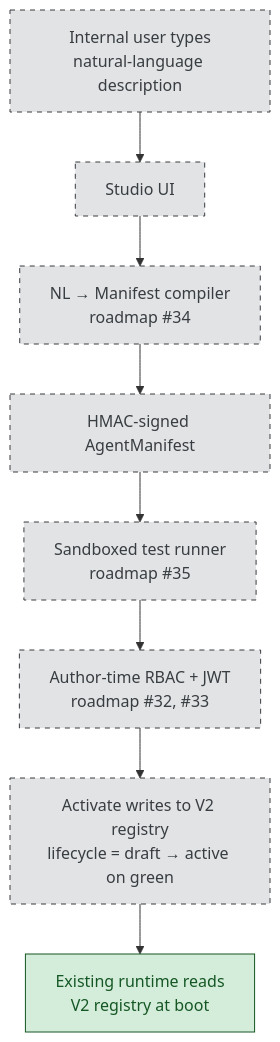
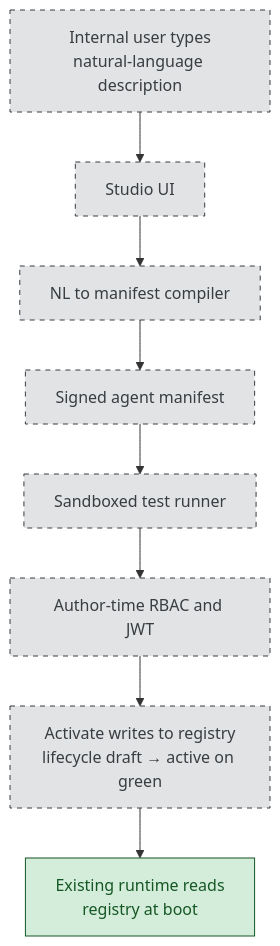
Before and after one commit to Kevinparashar/One-ops-NextGen: the seventh of 7 diagrams in docs/MANAGEMENT-BRIEFING.md, drawn with Mermaid. The commit also changed other lines of this file and 1 other file, not shown here.

````diff
--- a/docs/MANAGEMENT-BRIEFING.md
+++ b/docs/MANAGEMENT-BRIEFING.md
@@ -371,16 +360,16 @@
 ```mermaid
 flowchart TD
     classDef shipped fill:#d4edda,stroke:#155724,color:#155724
     classDef planned fill:#e2e3e5,stroke:#383d41,color:#383d41,stroke-dasharray:5 5
 
     USER["Internal user types<br/>natural-language description"]:::planned
     UI["Studio UI"]:::planned
-    COMP["NL → Manifest compiler<br/>roadmap #34"]:::planned
-    SIGN["HMAC-signed AgentManifest"]:::planned
-    SAND["Sandboxed test runner<br/>roadmap #35"]:::planned
-    GATE["Author-time RBAC + JWT<br/>roadmap #32, #33"]:::planned
-    ACT["Activate writes to V2 registry<br/>lifecycle = draft → active on green"]:::planned
-    RUN["Existing runtime reads<br/>V2 registry at boot"]:::shipped
+    COMP["NL to manifest compiler"]:::planned
+    SIGN["Signed agent manifest"]:::planned
+    SAND["Sandboxed test runner"]:::planned
+    GATE["Author-time RBAC and JWT"]:::planned
+    ACT["Activate writes to registry<br/>lifecycle draft → active on green"]:::planned
+    RUN["Existing runtime reads<br/>registry at boot"]:::shipped
 
     USER --> UI --> COMP --> SIGN --> SAND --> GATE --> ACT --> RUN
 ```
````
